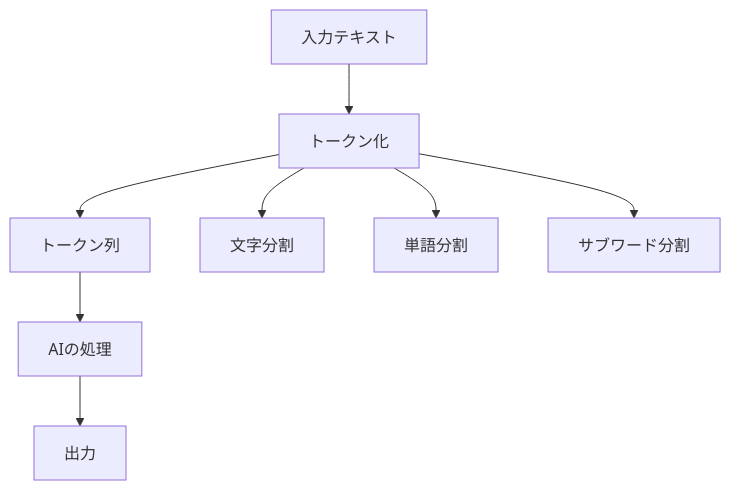
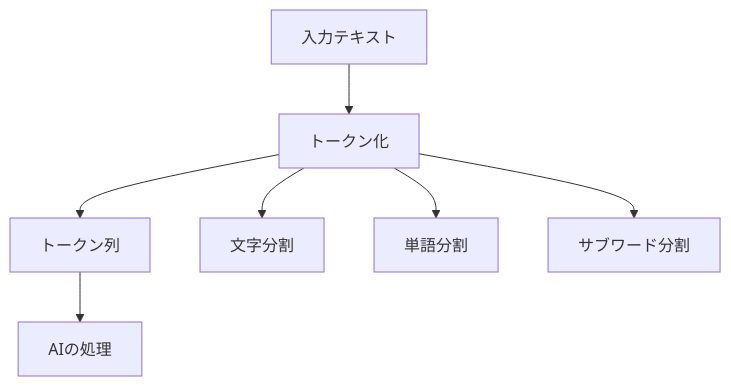
The diagram in docs/AI/100_入門_トークン化の基礎.md (haruka-aibara/haruka-aibara), drawn with Mermaid before and after one commit. The commit also changed other lines of this file and 34 other files, not shown here.

````diff
--- a/docs/AI/100_入門_トークン化の基礎.md
+++ b/docs/AI/100_入門_トークン化の基礎.md
@@ -43,11 +43,10 @@
 ```mermaid
 graph TD
     A[入力テキスト] --> B[トークン化]
     B --> C[トークン列]
     C --> D[AIの処理]
-    D --> E[出力]
     
     B --> B1[文字分割]
     B --> B2[単語分割]
     B --> B3[サブワード分割]
 ```
````
